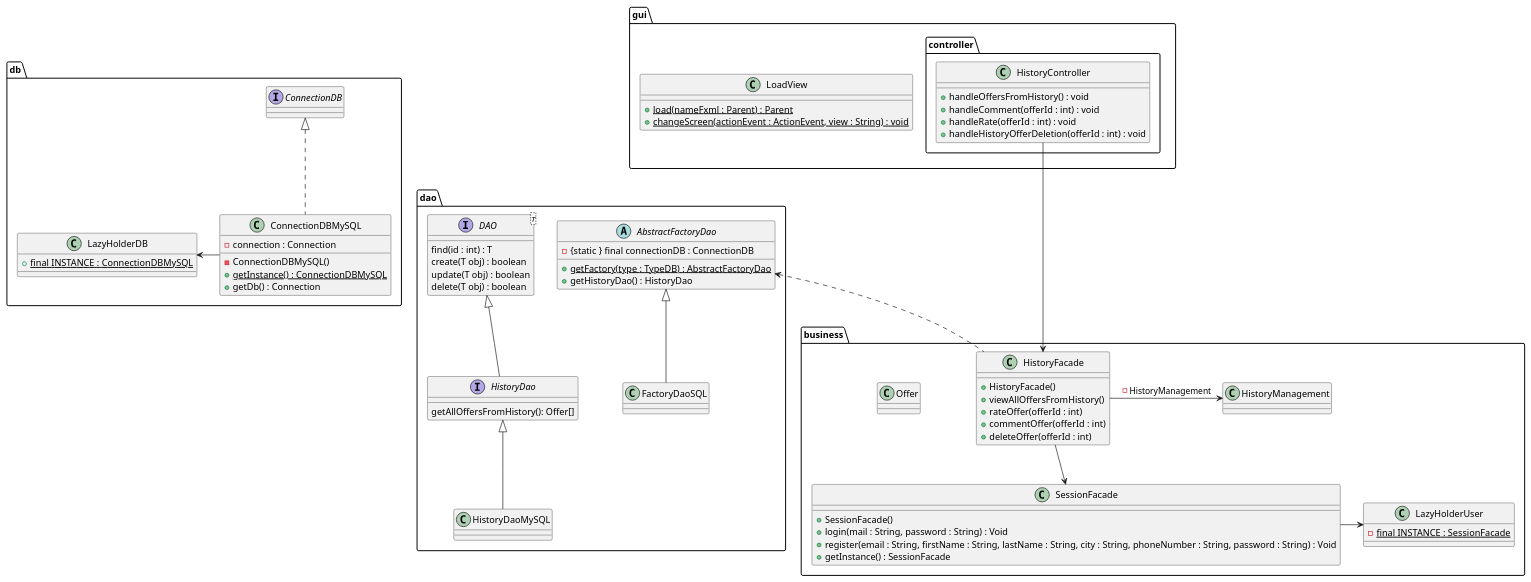
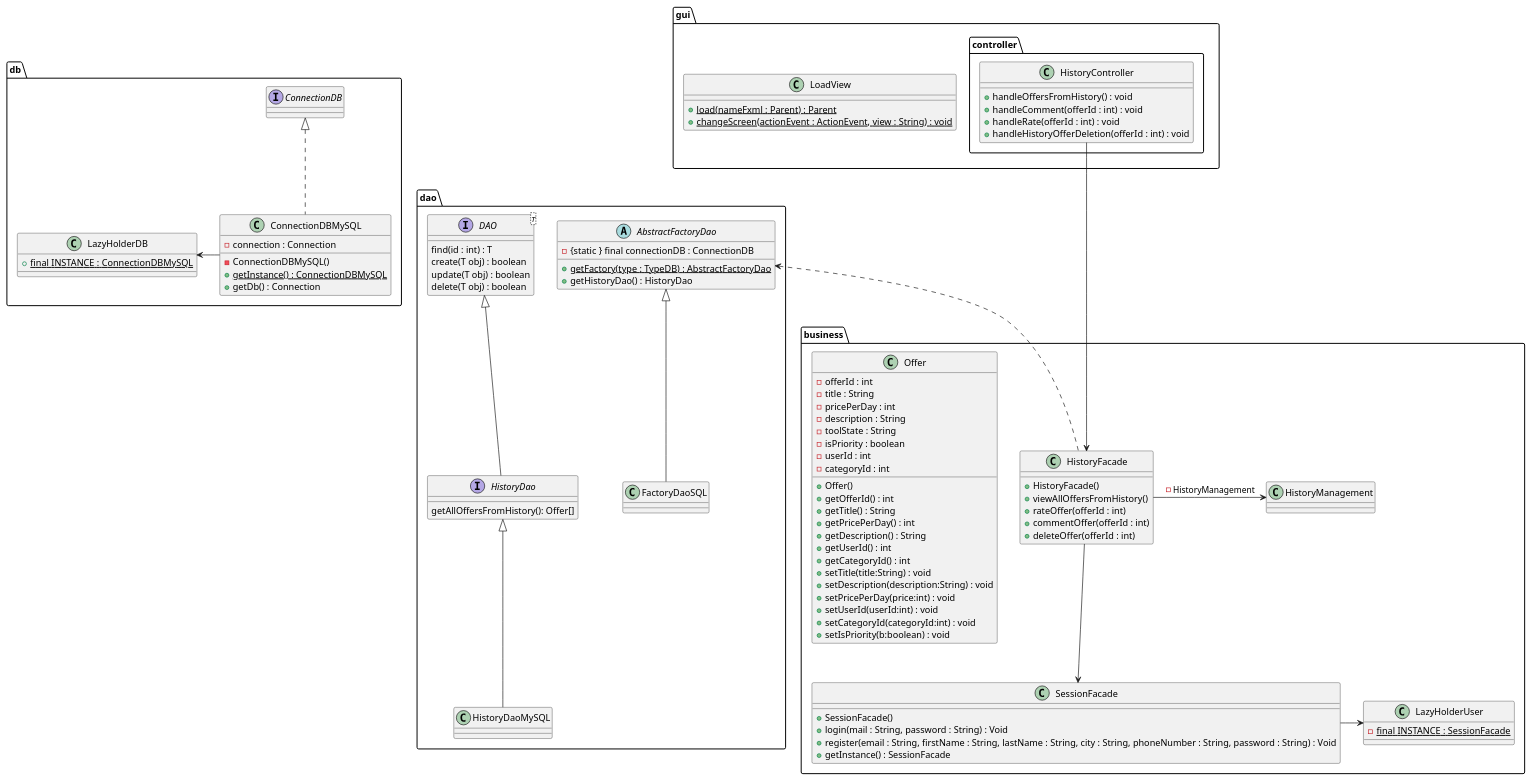
Before and after one commit to LaunoisRemy/ToolShare: the diagram in documents/diagram/history/historyClass.puml, drawn with PlantUML.

Commit message:
UPDATE : history diagrams

```diff
--- a/documents/diagram/history/historyClass.puml
+++ b/documents/diagram/history/historyClass.puml
@@ -1,104 +1,124 @@
 @startuml
 
 package dao {
 
 
     interface HistoryDao{
         getAllOffersFromHistory(): Offer[]
     }
     class HistoryDaoMySQL
     AbstractFactoryDao <|-- FactoryDaoSQL
     HistoryDao <|-- HistoryDaoMySQL
 
     interface DAO<T>{
         find(id : int) : T
         create(T obj) : boolean
         update(T obj) : boolean
         delete(T obj) : boolean
     }
 
     abstract AbstractFactoryDao{
         - {static } final connectionDB : ConnectionDB
         + {static} getFactory(type : TypeDB) : AbstractFactoryDao
         + getHistoryDao() : HistoryDao
     }
 
     class FactoryDaoSQL{
     }
 
 
     DAO <|-- HistoryDao
 }
 package db{
     class ConnectionDBMySQL{
         - connection : Connection
         - ConnectionDBMySQL()
         + {static} getInstance() : ConnectionDBMySQL
         + getDb() : Connection
     }
 
     class LazyHolderDB{
         + {static} final INSTANCE : ConnectionDBMySQL
     }
     interface ConnectionDB
     ConnectionDBMySQL -Left-> LazyHolderDB
     ConnectionDBMySQL .up.|> ConnectionDB
 
 }
 package business{
     class SessionFacade{
             + SessionFacade()
             + login(mail : String, password : String) : Void
             + register(email : String, firstName : String, lastName : String, city : String, phoneNumber : String, password : String) : Void
             + getInstance() : SessionFacade
         }
 
         class LazyHolderUser{
             -{static} final INSTANCE : SessionFacade
         }
 
         SessionFacade -> LazyHolderUser
 
 
     class HistoryFacade{
         + HistoryFacade()
         + viewAllOffersFromHistory()
         + rateOffer(offerId : int)
         + commentOffer(offerId : int)
         + deleteOffer(offerId : int)
     }
 
     class Offer{
-
+        -offerId : int
+        -title : String
+        -pricePerDay : int
+        -description : String
+        -toolState : String
+        -isPriority : boolean
+        -userId : int
+        -categoryId : int
+        + Offer()
+        + getOfferId() : int
+        + getTitle() : String
+        + getPricePerDay() : int
+        + getDescription() : String
+        + getUserId() : int
+        + getCategoryId() : int
+        + setTitle(title:String) : void
+        + setDescription(description:String) : void
+        + setPricePerDay(price:int) : void
+        + setUserId(userId:int) : void
+        + setCategoryId(categoryId:int) : void
+        + setIsPriority(b:boolean) : void
     }
     HistoryFacade --> SessionFacade
 
     class HistoryManagement{
 
     }
 
     HistoryFacade --Right> HistoryManagement : -HistoryManagement
 }
 
 package gui{
 
     class LoadView{
         + {static} load(nameFxml : Parent) : Parent
         + {static} changeScreen(actionEvent : ActionEvent, view : String) : void
     }
 
     package controller{
         class HistoryController{
             + handleOffersFromHistory() : void
             + handleComment(offerId : int) : void
             + handleRate(offerId : int) : void
             + handleHistoryOfferDeletion(offerId : int) : void
         }
     }
 }
 HistoryFacade <--Up- HistoryController
 HistoryFacade .Up.> AbstractFactoryDao
 
 
 
 @enduml
```
